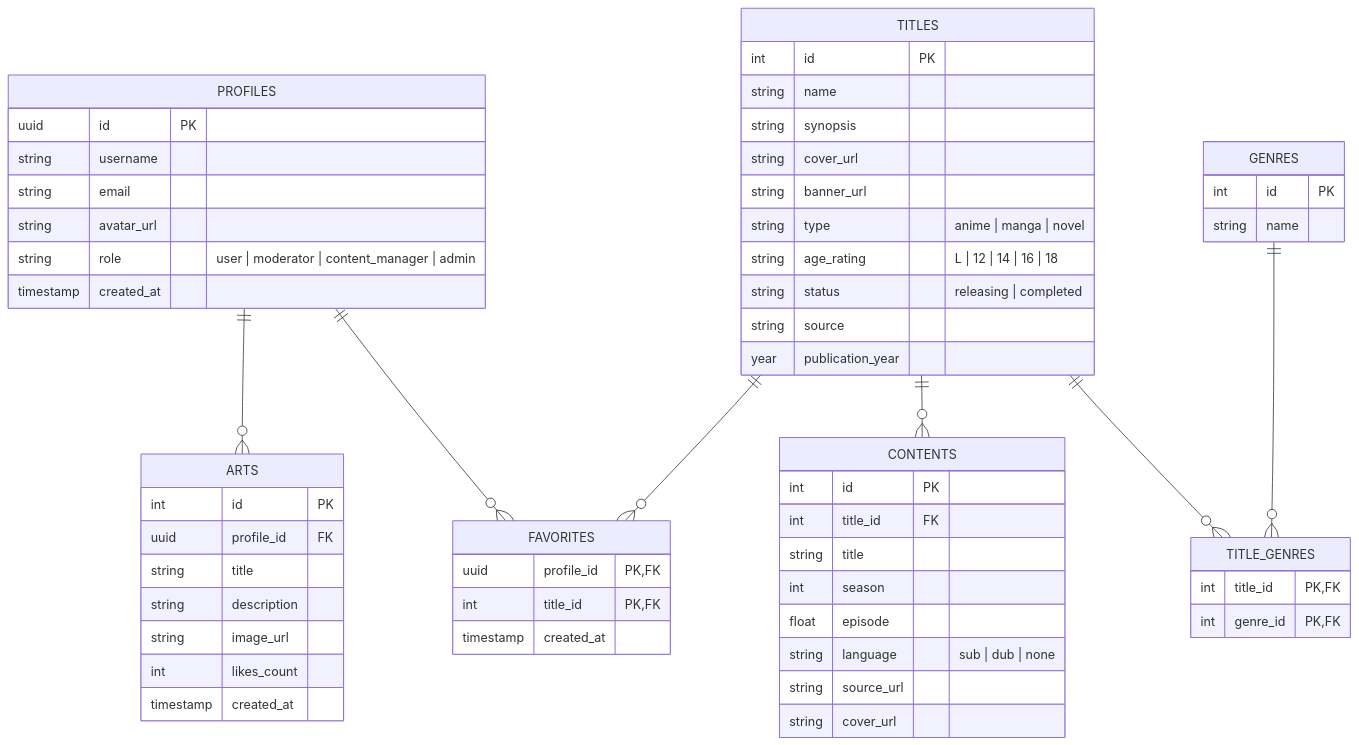
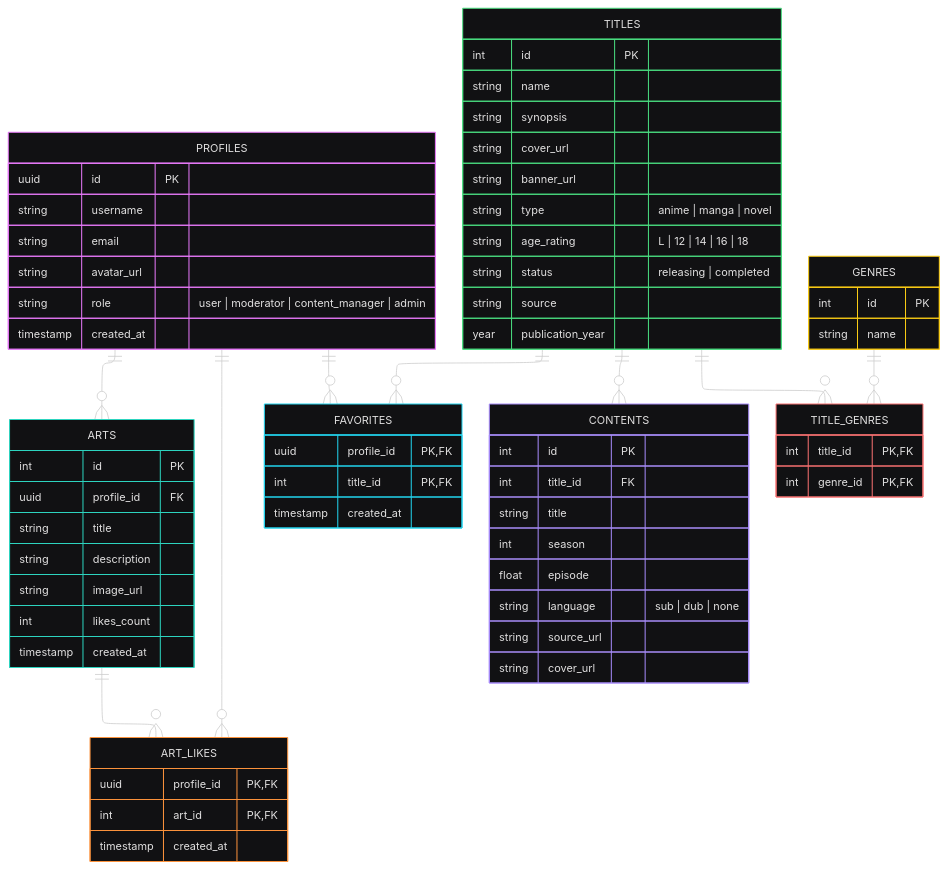
One commit to filipemacarini/geekverse changed the diagram in docs/der.mmd. Above: the diagram before and after it, drawn with Mermaid. The commit also changed 7 other files, not shown here.

Commit message:
docs: atualiza diagrama entidade relacionamento e especificações swagger das artes

```diff
--- a/docs/der.mmd
+++ b/docs/der.mmd
@@ -1,67 +1,79 @@
+---
+config:
+  theme: redux-dark-color
+  layout: elk
+---
 erDiagram
-PROFILES ||--o{ ARTS : ""
-PROFILES ||--o{ FAVORITES : ""
-TITLES ||--o{ FAVORITES : ""
-
-TITLES ||--o{ CONTENTS : ""
-TITLES ||--o{ TITLE_GENRES : ""
-GENRES ||--o{ TITLE_GENRES : ""
+PROFILES ||--o{ ARTS : " "
+PROFILES ||--o{ ART_LIKES : " "
+PROFILES ||--o{ FAVORITES : " "
+ARTS ||--o{ ART_LIKES : " "
+TITLES ||--o{ FAVORITES : " "
+TITLES ||--o{ CONTENTS : " "
+TITLES ||--o{ TITLE_GENRES : " "
+GENRES ||--o{ TITLE_GENRES : " "
 
 PROFILES {
     uuid id PK
     string username
     string email
     string avatar_url
     string role "user | moderator | content_manager | admin"
     timestamp created_at
 }
 
 TITLES {
     int id PK
     string name
     string synopsis
     string cover_url
     string banner_url
     string type "anime | manga | novel"
     string age_rating "L | 12 | 14 | 16 | 18"
     string status "releasing | completed"
     string source
     year publication_year
 }
 
 CONTENTS {
     int id PK
     int title_id FK
     string title
     int season
     float episode
     string language "sub | dub | none"
     string source_url
     string cover_url
 }
 
 GENRES {
     int id PK
     string name
 }
 
 TITLE_GENRES {
     int title_id PK, FK
     int genre_id PK, FK
 }
 
 ARTS {
     int id PK
     uuid profile_id FK
     string title
     string description
     string image_url
     int likes_count
     timestamp created_at
 }
 
+ART_LIKES {
+    uuid profile_id PK, FK
+    int art_id PK, FK
+    timestamp created_at
+}
+
 FAVORITES {
     uuid profile_id PK, FK
     int title_id PK, FK
     timestamp created_at
 }
```
